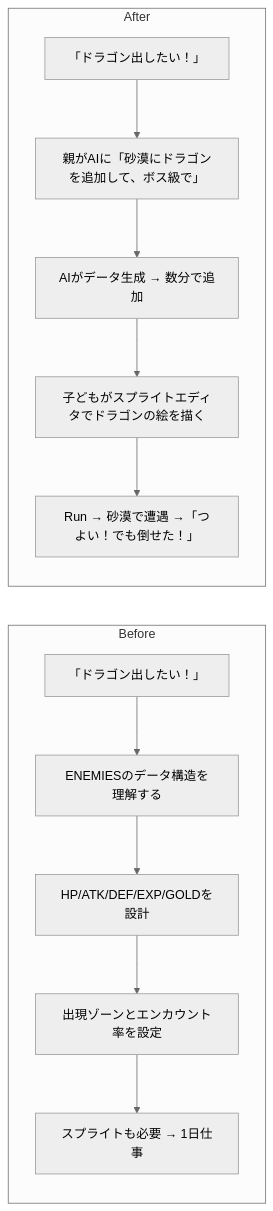
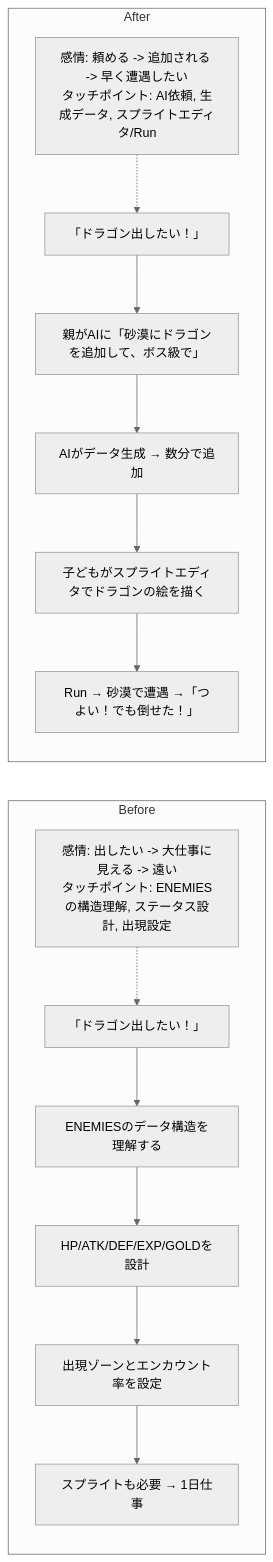
One commit to tatsuro-ueda/code-quest-pyxel changed diagram 12 of 42 in docs/product-requirements/customer-journeys.md. Above: the diagram before and after it, drawn with Mermaid (neutral theme). The commit also changed other lines of this file and 23 other files, not shown here.

````diff
--- a/docs/product-requirements/customer-journeys.md
+++ b/docs/product-requirements/customer-journeys.md
@@ -234,15 +280,19 @@
 ```mermaid
 flowchart LR
     subgraph Before["Before"]
+        BM["感情: 出したい -> 大仕事に見える -> 遠い<br/>タッチポイント: ENEMIESの構造理解, ステータス設計, 出現設定"]
+        BM -.-> B1
         B1[「ドラゴン出したい！」] --> B2[ENEMIESのデータ構造を理解する]
         B2 --> B3[HP/ATK/DEF/EXP/GOLDを設計]
         B3 --> B4[出現ゾーンとエンカウント率を設定]
         B4 --> B5[スプライトも必要 → 1日仕事]
     end
     subgraph After["After"]
+        AM["感情: 頼める -> 追加される -> 早く遭遇したい<br/>タッチポイント: AI依頼, 生成データ, スプライトエディタ/Run"]
+        AM -.-> A1
         A1[「ドラゴン出したい！」] --> A2[親がAIに「砂漠にドラゴンを追加して、ボス級で」]
         A2 --> A3[AIがデータ生成 → 数分で追加]
         A3 --> A4[子どもがスプライトエディタでドラゴンの絵を描く]
         A4 --> A5[Run → 砂漠で遭遇 →「つよい！でも倒せた！」]
     end
 ```
````
